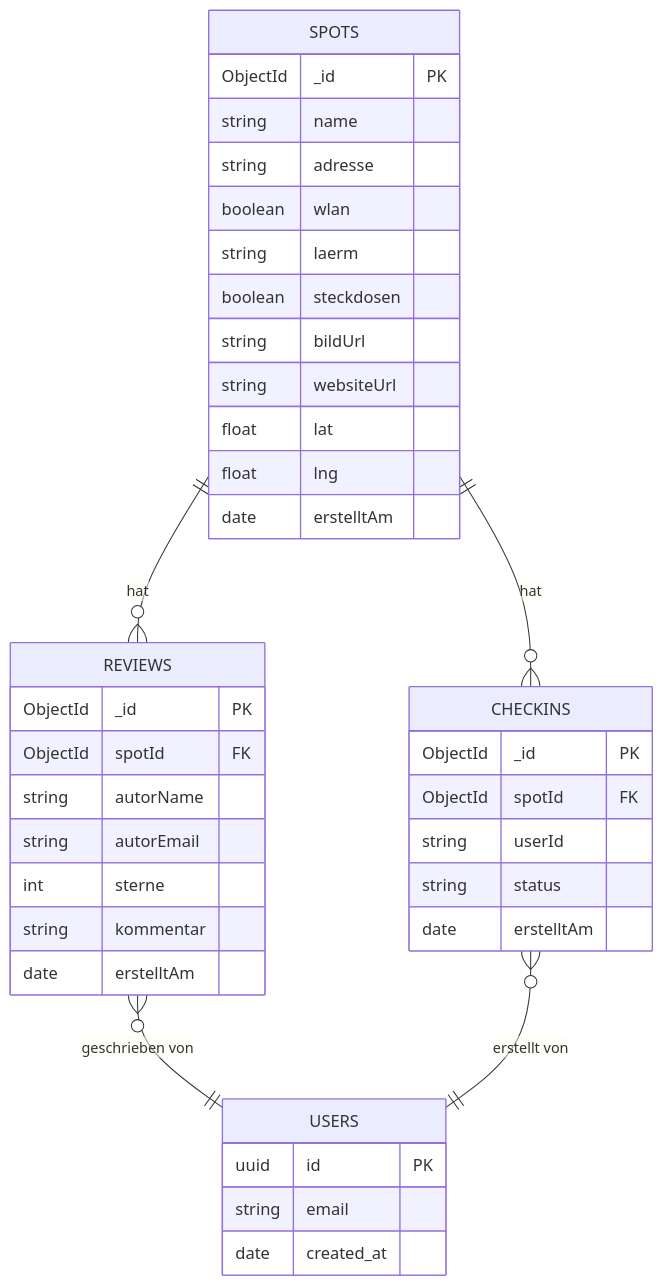
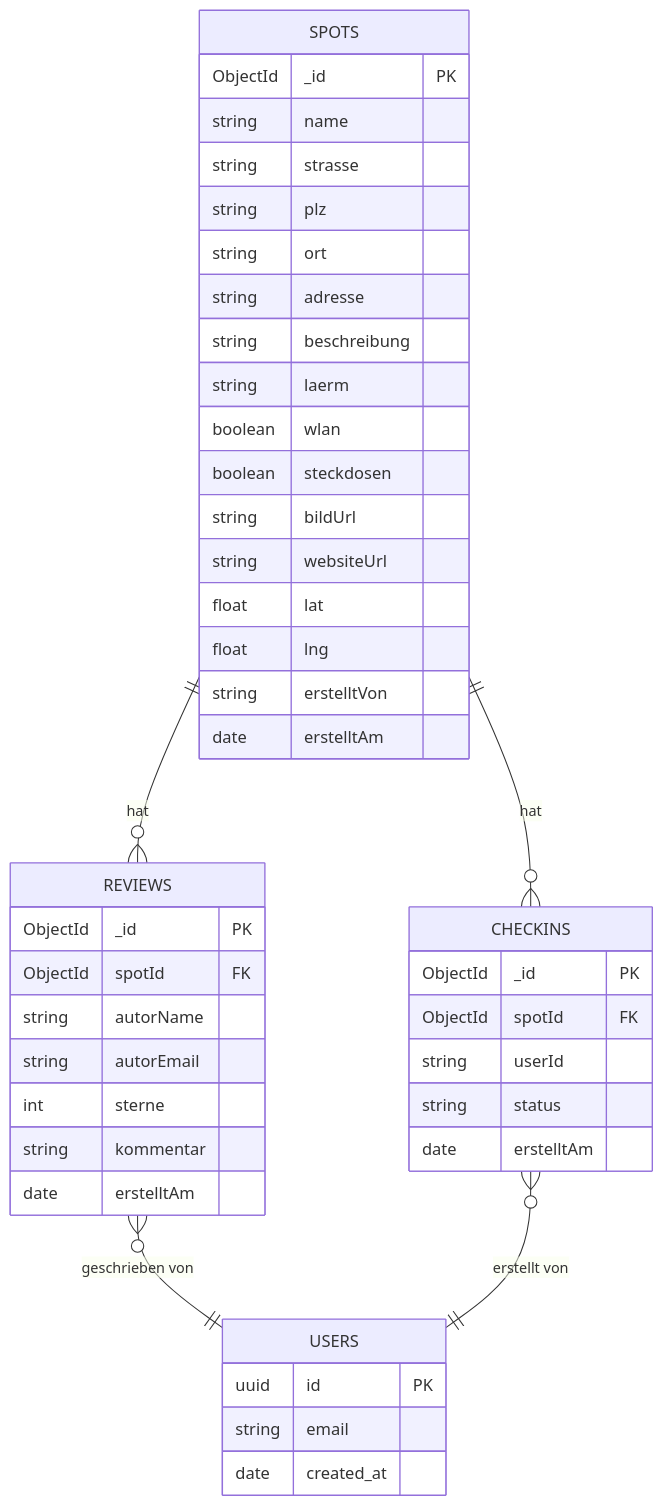
The diagram in README.md (rexheeri/studyspot-zhaw), drawn with Mermaid before and after one commit. The commit also changed other lines of this file, not shown here.

Commit message:
docs: Doppel-Header entfernt und spots-Schema in Text und ER-Diagramm an Code angeglichen

````diff
--- a/README.md
+++ b/README.md
@@ -134,42 +134,47 @@
 ```mermaid
 erDiagram
     SPOTS ||--o{ REVIEWS : "hat"
     SPOTS ||--o{ CHECKINS : "hat"
     REVIEWS }o--|| USERS : "geschrieben von"
     CHECKINS }o--|| USERS : "erstellt von"
 
     SPOTS {
         ObjectId _id PK
         string name
+        string strasse
+        string plz
+        string ort
         string adresse
+        string beschreibung
+        string laerm
         boolean wlan
-        string laerm
         boolean steckdosen
         string bildUrl
         string websiteUrl
         float lat
         float lng
+        string erstelltVon
         date erstelltAm
     }
     REVIEWS {
         ObjectId _id PK
         ObjectId spotId FK
         string autorName
         string autorEmail
         int sterne
         string kommentar
         date erstelltAm
     }
     CHECKINS {
         ObjectId _id PK
         ObjectId spotId FK
         string userId
         string status
         date erstelltAm
     }
     USERS {
         uuid id PK
         string email
         date created_at
     }
 ```
````
